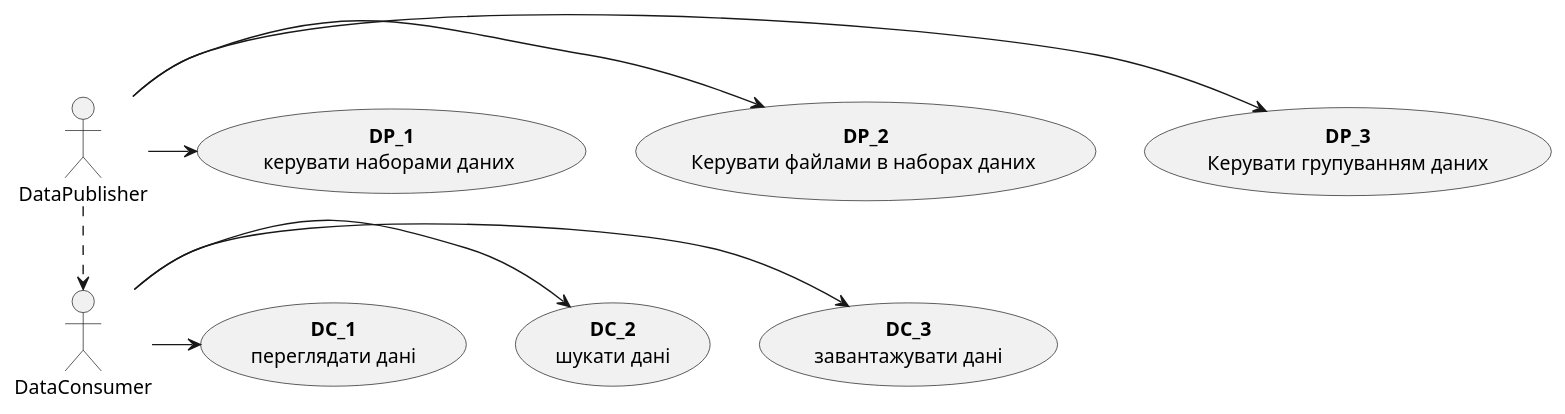
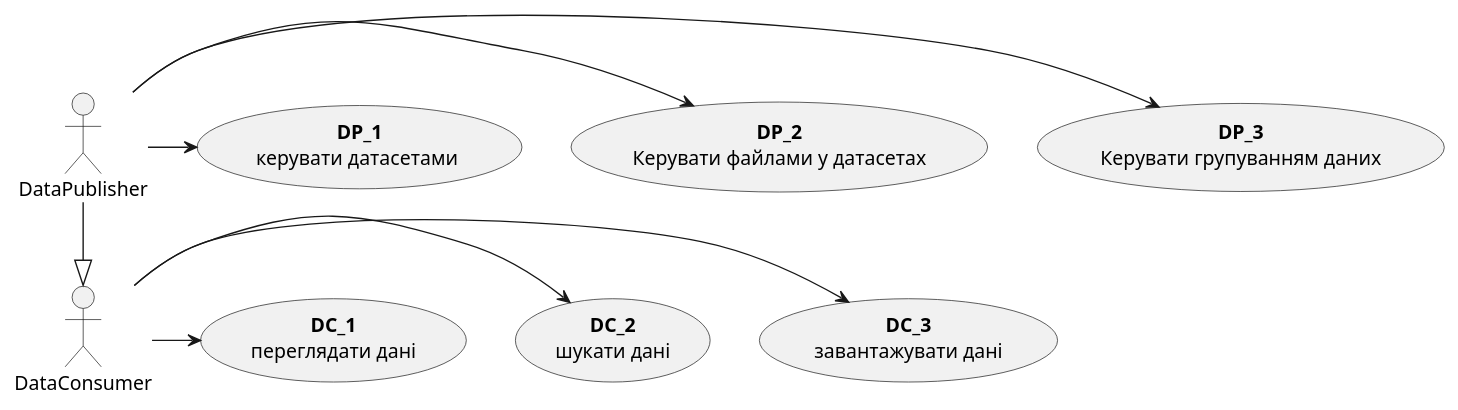
The first of 13 diagrams in docs/use cases/README.md (boldak/edu-db-cw), drawn with PlantUML before and after one commit. The commit also changed other lines of this file and 2 other files, not shown here.

Commit message:
files added to main readme file, all diagrams together, diagrams arrows fixed

```diff
--- a/docs/use cases/README.md
+++ b/docs/use cases/README.md
@@ -14,26 +13,26 @@
 @startuml
   actor DataPublisher
   actor DataConsumer
   
-  usecase Dmanage1 as "<b>DP_1</b>\nкерувати наборами даних "
-  usecase Dmanage2 as "<b>DP_2</b>\nКерувати файлами в наборах даних "
+  usecase Dmanage1 as "<b>DP_1</b>\nкерувати датасетами "
+  usecase Dmanage2 as "<b>DP_2</b>\nКерувати файлами у датасетах"
   usecase Dmanage3 as "<b>DP_3</b>\nКерувати групуванням даних"
 
 
   usecase Duse1 as "<b>DC_1</b>\nпереглядати данi"
   usecase Duse2 as "<b>DC_2</b>\nшукати данi"
   usecase Duse3 as "<b>DC_3</b>\nзавантажувати данi"
   
   DataPublisher -> Dmanage3
   DataPublisher -> Dmanage2
   DataPublisher -> Dmanage1
-  DataPublisher .d.> DataConsumer
+  DataPublisher -d-|> DataConsumer
  
   
   DataConsumer -> Duse3
   DataConsumer -> Duse2
   DataConsumer -> Duse1
   
 
   
 @enduml
```
